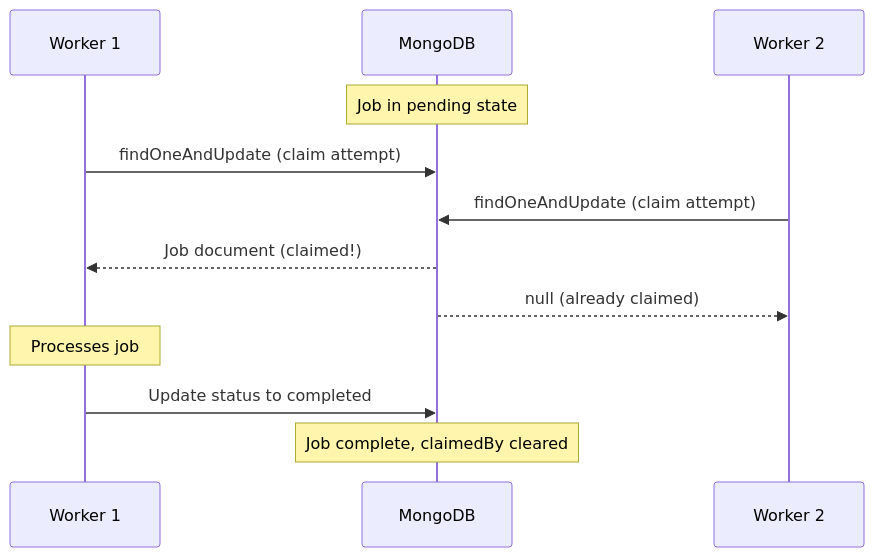
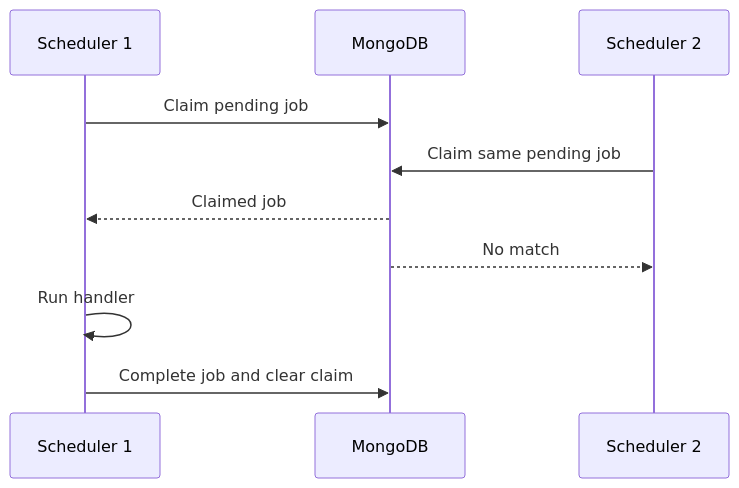
One commit to ueberBrot/monque changed the diagram in apps/docs/src/content/docs/advanced/atomic-claim.mdx. Above: the diagram before and after it, drawn with Mermaid. The commit also changed other lines of this file and 312 other files, not shown here.

````diff
--- a/apps/docs/src/content/docs/advanced/atomic-claim.mdx
+++ b/apps/docs/src/content/docs/advanced/atomic-claim.mdx
@@ -167,19 +71,12 @@
 ```mermaid
 sequenceDiagram
-    participant W1 as Worker 1
+    participant W1 as Scheduler 1
     participant DB as MongoDB
-    participant W2 as Worker 2
-    
-    Note over DB: Job in pending state
-    
-    W1->>DB: findOneAndUpdate (claim attempt)
-    W2->>DB: findOneAndUpdate (claim attempt)
-    
-    DB-->>W1: Job document (claimed!)
-    DB-->>W2: null (already claimed)
-    
-    Note over W1: Processes job
-    
-    W1->>DB: Update status to completed
-    Note over DB: Job complete, claimedBy cleared
+    participant W2 as Scheduler 2
+    W1->>DB: Claim pending job
+    W2->>DB: Claim same pending job
+    DB-->>W1: Claimed job
+    DB-->>W2: No match
+    W1->>W1: Run handler
+    W1->>DB: Complete job and clear claim
 ```
````
